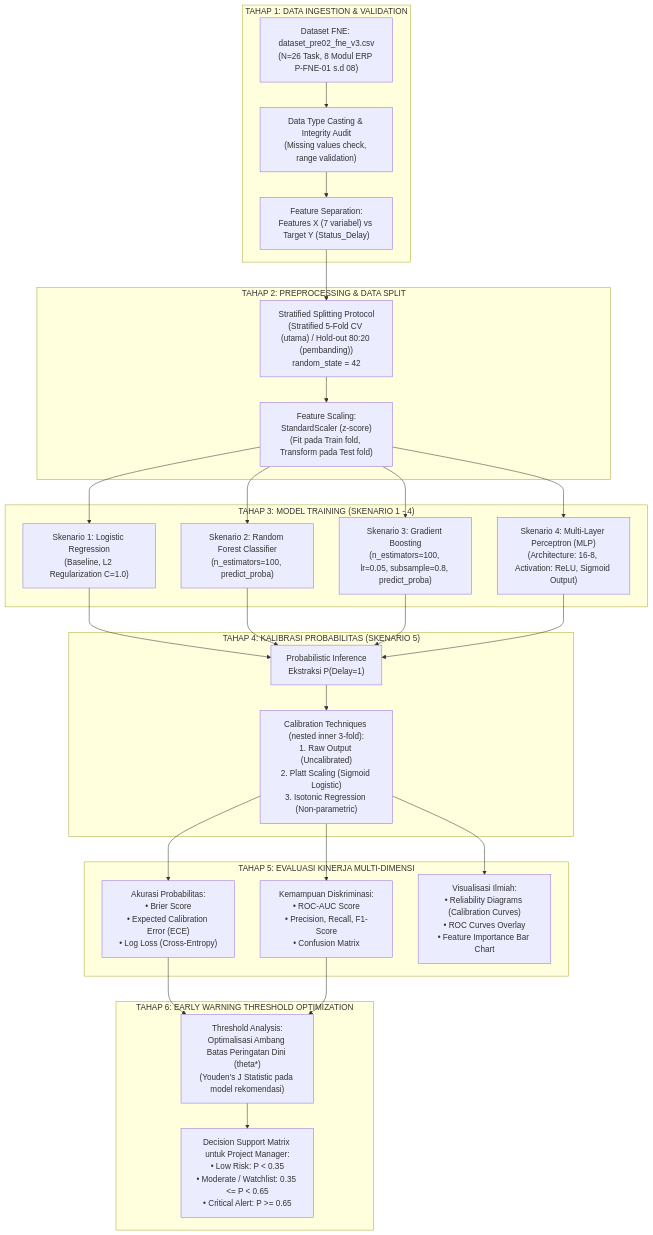
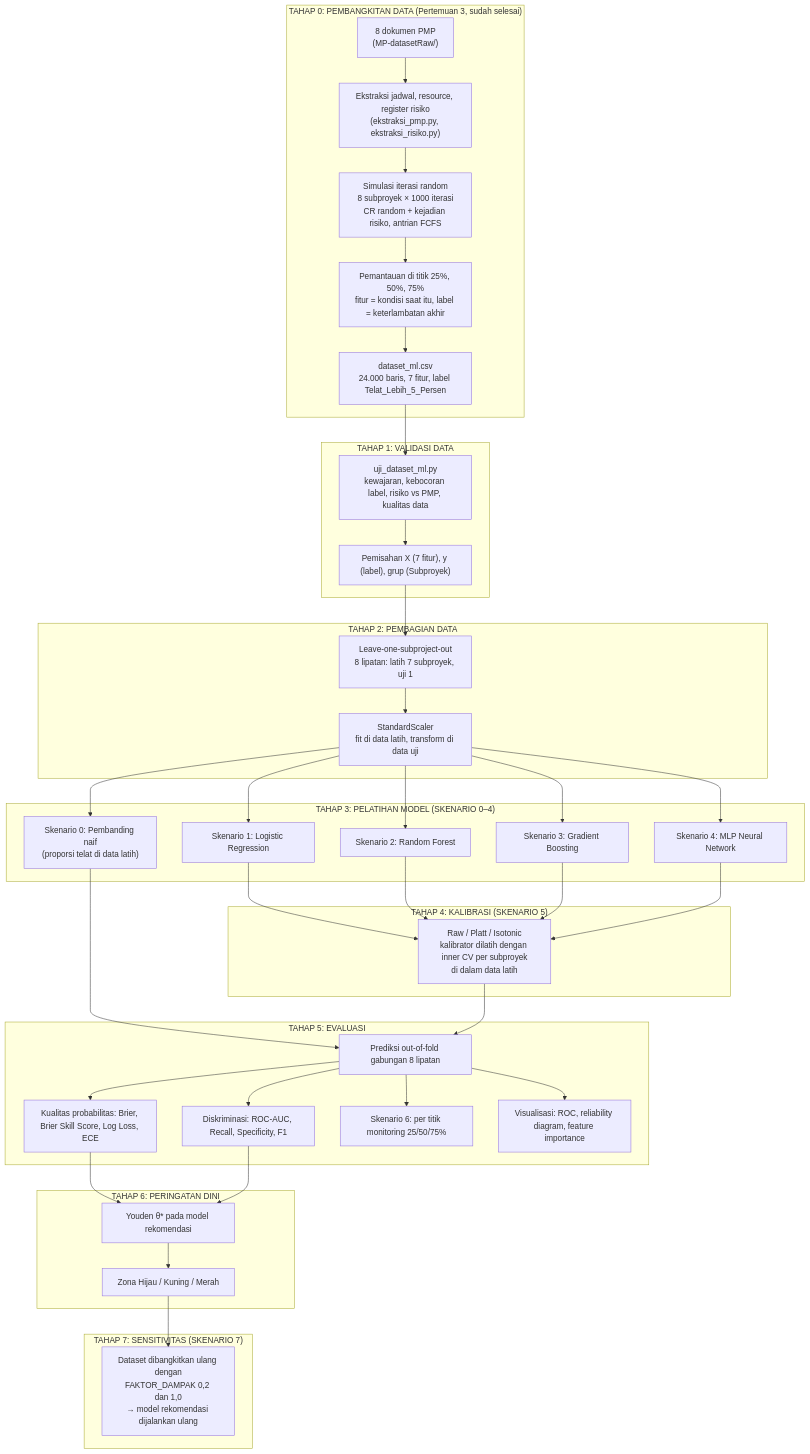
One commit to mug31/MP-PRE-02 changed the diagram in 04_implemen_desain_eksperimen/01_Flow_dan_Skenario_Eksperimen.md. Above: the diagram before and after it, drawn with Mermaid. The commit also changed other lines of this file, not shown here.

````diff
--- a/04_implemen_desain_eksperimen/01_Flow_dan_Skenario_Eksperimen.md
+++ b/04_implemen_desain_eksperimen/01_Flow_dan_Skenario_Eksperimen.md
@@ -23,35 +43,48 @@
 ```mermaid
 flowchart TD
-    subgraph S1["TAHAP 1: DATA INGESTION & VALIDATION"]
-        A1["Dataset FNE: dataset_pre02_fne_v3.csv<br>(N=26 Task, 8 Modul ERP P-FNE-01 s.d 08)"] --> A2["Data Type Casting & Integrity Audit<br>(Missing values check, range validation)"]
-        A2 --> A3["Feature Separation:<br>Features X (7 variabel) vs Target Y (Status_Delay)"]
+    subgraph S0["TAHAP 0: PEMBANGKITAN DATA (Pertemuan 3, sudah selesai)"]
+        Z1["8 dokumen PMP<br>(MP-datasetRaw/)"] --> Z2["Ekstraksi jadwal, resource, register risiko<br>(ekstraksi_pmp.py, ekstraksi_risiko.py)"]
+        Z2 --> Z3["Simulasi iterasi random<br>8 subproyek × 1000 iterasi<br>CR random + kejadian risiko, antrian FCFS"]
+        Z3 --> Z4["Pemantauan di titik 25%, 50%, 75%<br>fitur = kondisi saat itu, label = keterlambatan akhir"]
+        Z4 --> Z5["dataset_ml.csv<br>24.000 baris, 7 fitur, label Telat_Lebih_5_Persen"]
     end
 
-    subgraph S2["TAHAP 2: PREPROCESSING & DATA SPLIT"]
-        A3 --> B1["Stratified Splitting Protocol<br>(Stratified 5-Fold CV (utama) / Hold-out 80:20 (pembanding))<br>random_state = 42"]
-        B1 --> B2["Feature Scaling:<br>StandardScaler (z-score)<br>(Fit pada Train fold, Transform pada Test fold)"]
+    subgraph S1["TAHAP 1: VALIDASI DATA"]
+        Z5 --> A1["uji_dataset_ml.py<br>kewajaran, kebocoran label, risiko vs PMP, kualitas data"]
+        A1 --> A2["Pemisahan X (7 fitur), y (label), grup (Subproyek)"]
     end
 
-    subgraph S3["TAHAP 3: MODEL TRAINING (SKENARIO 1 - 4)"]
-        B2 --> C1["Skenario 1: Logistic Regression<br>(Baseline, L2 Regularization C=1.0)"]
-        B2 --> C2["Skenario 2: Random Forest Classifier<br>(n_estimators=100, predict_proba)"]
-        B2 --> C3["Skenario 3: Gradient Boosting<br>(n_estimators=100, lr=0.05, subsample=0.8, predict_proba)"]
-        B2 --> C4["Skenario 4: Multi-Layer Perceptron (MLP)<br>(Architecture: 16-8, Activation: ReLU, Sigmoid Output)"]
+    subgraph S2["TAHAP 2: PEMBAGIAN DATA"]
+        A2 --> B1["Leave-one-subproject-out<br>8 lipatan: latih 7 subproyek, uji 1"]
+        B1 --> B2["StandardScaler<br>fit di data latih, transform di data uji"]
     end
 
-    subgraph S4["TAHAP 4: KALIBRASI PROBABILITAS (SKENARIO 5)"]
-        C1 & C2 & C3 & C4 --> D1["Probabilistic Inference<br>Ekstraksi P(Delay=1)"]
-        D1 --> D2["Calibration Techniques (nested inner 3-fold):<br>1. Raw Output (Uncalibrated)<br>2. Platt Scaling (Sigmoid Logistic)<br>3. Isotonic Regression (Non-parametric)"]
+    subgraph S3["TAHAP 3: PELATIHAN MODEL (SKENARIO 0–4)"]
+        B2 --> C0["Skenario 0: Pembanding naif<br>(proporsi telat di data latih)"]
+        B2 --> C1["Skenario 1: Logistic Regression"]
+        B2 --> C2["Skenario 2: Random Forest"]
+        B2 --> C3["Skenario 3: Gradient Boosting"]
+        B2 --> C4["Skenario 4: MLP Neural Network"]
     end
 
-    subgraph S5["TAHAP 5: EVALUASI KINERJA MULTI-DIMENSI"]
-        D2 --> E1["Akurasi Probabilitas:<br>• Brier Score<br>• Expected Calibration Error (ECE)<br>• Log Loss (Cross-Entropy)"]
-        D2 --> E2["Kemampuan Diskriminasi:<br>• ROC-AUC Score<br>• Precision, Recall, F1-Score<br>• Confusion Matrix"]
-        D2 --> E3["Visualisasi Ilmiah:<br>• Reliability Diagrams (Calibration Curves)<br>• ROC Curves Overlay<br>• Feature Importance Bar Chart"]
+    subgraph S4["TAHAP 4: KALIBRASI (SKENARIO 5)"]
+        C1 & C2 & C3 & C4 --> D1["Raw / Platt / Isotonic<br>kalibrator dilatih dengan inner CV per subproyek<br>di dalam data latih"]
     end
 
-    subgraph S6["TAHAP 6: EARLY WARNING THRESHOLD OPTIMIZATION"]
-        E1 & E2 --> F1["Threshold Analysis:<br>Optimalisasi Ambang Batas Peringatan Dini (theta*)<br>(Youden's J Statistic pada model rekomendasi)"]
-        F1 --> F2["Decision Support Matrix untuk Project Manager:<br>• Low Risk: P < 0.35<br>• Moderate / Watchlist: 0.35 <= P < 0.65<br>• Critical Alert: P >= 0.65"]
+    subgraph S5["TAHAP 5: EVALUASI"]
+        C0 & D1 --> E1["Prediksi out-of-fold gabungan 8 lipatan"]
+        E1 --> E2["Kualitas probabilitas: Brier, Brier Skill Score, Log Loss, ECE"]
+        E1 --> E3["Diskriminasi: ROC-AUC, Recall, Specificity, F1"]
+        E1 --> E4["Skenario 6: per titik monitoring 25/50/75%"]
+        E1 --> E5["Visualisasi: ROC, reliability diagram, feature importance"]
+    end
+
+    subgraph S6["TAHAP 6: PERINGATAN DINI"]
+        E2 & E3 --> F1["Youden θ* pada model rekomendasi"]
+        F1 --> F2["Zona Hijau / Kuning / Merah"]
+    end
+
+    subgraph S7["TAHAP 7: SENSITIVITAS (SKENARIO 7)"]
+        F2 --> G1["Dataset dibangkitkan ulang dengan<br>FAKTOR_DAMPAK 0,2 dan 1,0<br>→ model rekomendasi dijalankan ulang"]
     end
 ```
````
